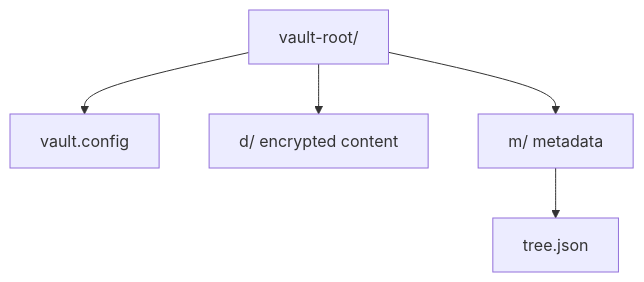
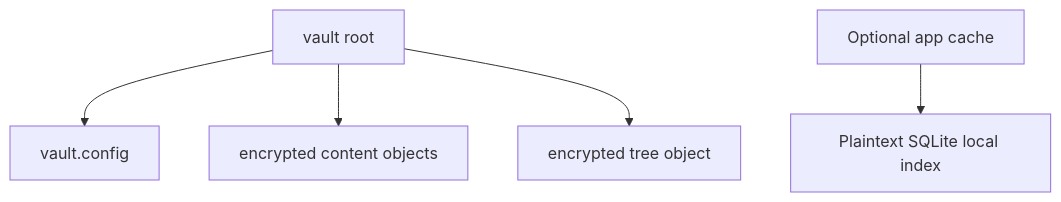
One commit to axiom-vault/axiom-vault.github.io changed the diagram in src/vault-format.md. Above: the diagram before and after it, drawn with Mermaid. The commit also changed other lines of this file and 8 other files, not shown here.

````diff
--- a/src/vault-format.md
+++ b/src/vault-format.md
@@ -7,7 +7,7 @@
 ```mermaid
 flowchart TD
-    V[vault-root/] --> C[vault.config]
-    V --> D[d/ encrypted content]
-    V --> M[m/ metadata]
-    M --> T[tree.json]
+    V[vault root] --> C[vault.config]
+    V --> D[encrypted content objects]
+    V --> T[encrypted tree object]
+    A[Optional app cache] --> I[Plaintext SQLite local index]
 ```
````
